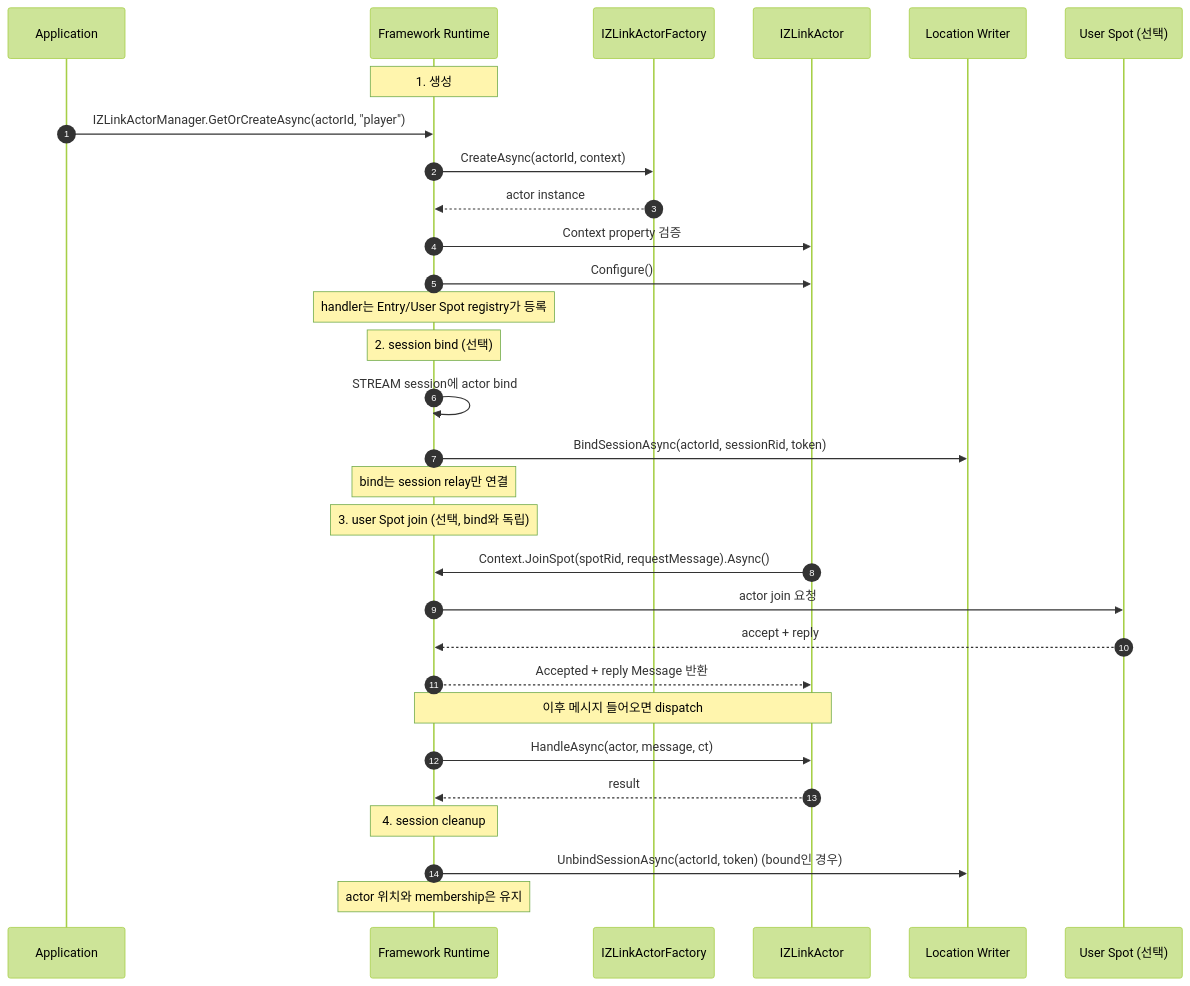
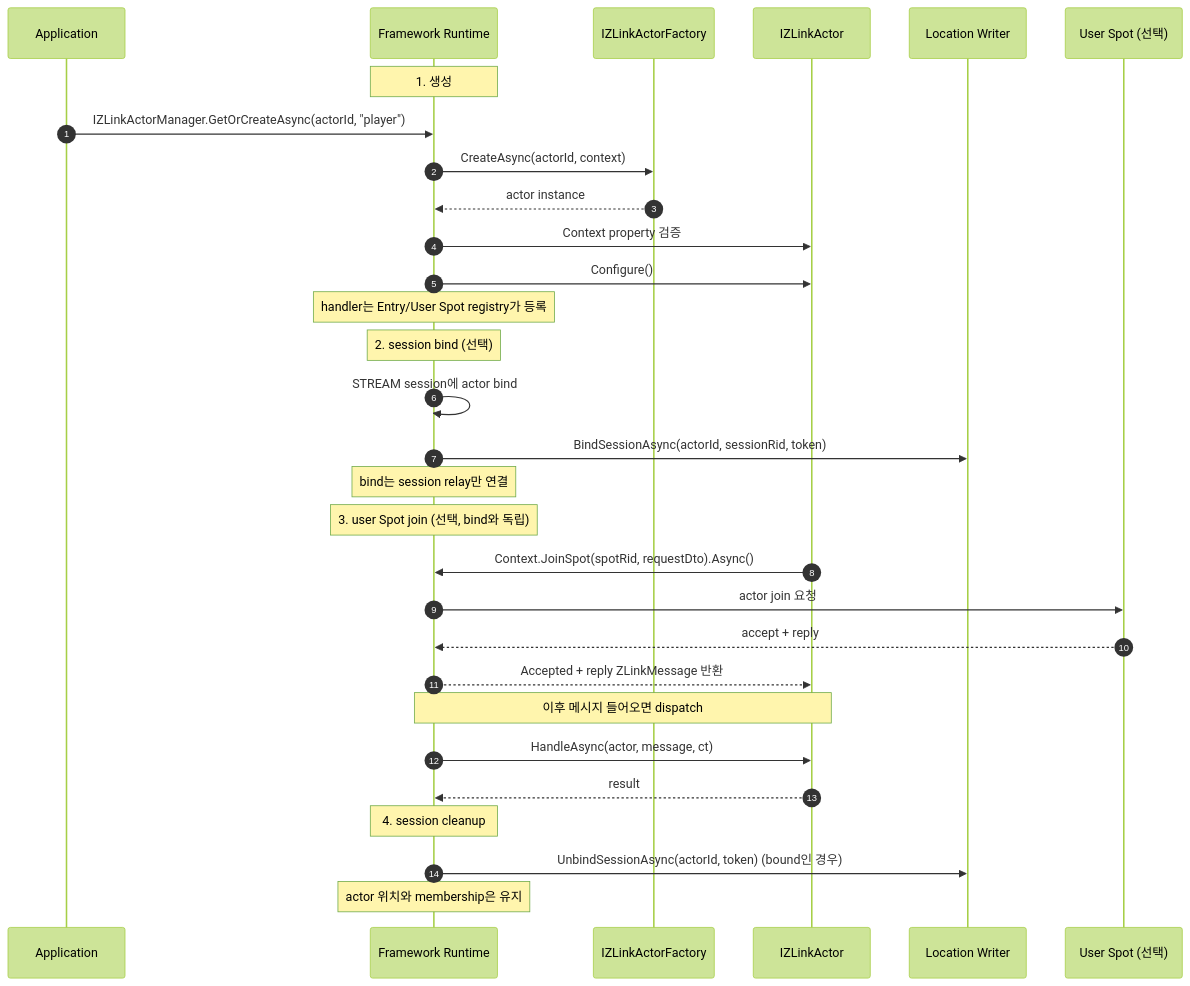
Before and after one commit to kairos-code-dev/zlink: the first of 3 diagrams in framework/doc/framework/dotnet/spec/aspnet-core-actor.ko.md, drawn with Mermaid (forest theme). The commit also changed other lines of this file and 12 other files, not shown here.

````diff
--- a/framework/doc/framework/dotnet/spec/aspnet-core-actor.ko.md
+++ b/framework/doc/framework/dotnet/spec/aspnet-core-actor.ko.md
@@ -257,37 +257,37 @@
 ```mermaid
 sequenceDiagram
     autonumber
     participant App as Application
     participant FW as Framework Runtime
     participant Fact as IZLinkActorFactory
     participant Act as IZLinkActor
     participant Loc as Location Writer
     participant Spot as User Spot (선택)
 
     Note over FW: 1. 생성
     App->>FW: IZLinkActorManager.GetOrCreateAsync(actorId, "player")
     FW->>Fact: CreateAsync(actorId, context)
     Fact-->>FW: actor instance
     FW->>Act: Context property 검증
     FW->>Act: Configure()
     Note over FW: handler는 Entry/User Spot registry가 등록
 
     Note over FW: 2. session bind (선택)
     FW->>FW: STREAM session에 actor bind
     FW->>Loc: BindSessionAsync(actorId, sessionRid, token)
     Note over FW: bind는 session relay만 연결
 
     Note over FW: 3. user Spot join (선택, bind와 독립)
-    Act->>FW: Context.JoinSpot(spotRid, requestMessage).Async()
+    Act->>FW: Context.JoinSpot(spotRid, requestDto).Async()
     FW->>Spot: actor join 요청
     Spot-->>FW: accept + reply
-    FW-->>Act: Accepted + reply Message 반환
+    FW-->>Act: Accepted + reply ZLinkMessage 반환
 
     Note over FW,Act: 이후 메시지 들어오면 dispatch
     FW->>Act: HandleAsync(actor, message, ct)
     Act-->>FW: result
 
     Note over FW: 4. session cleanup
     FW->>Loc: UnbindSessionAsync(actorId, token) (bound인 경우)
     Note over FW: actor 위치와 membership은 유지
 ```
````
